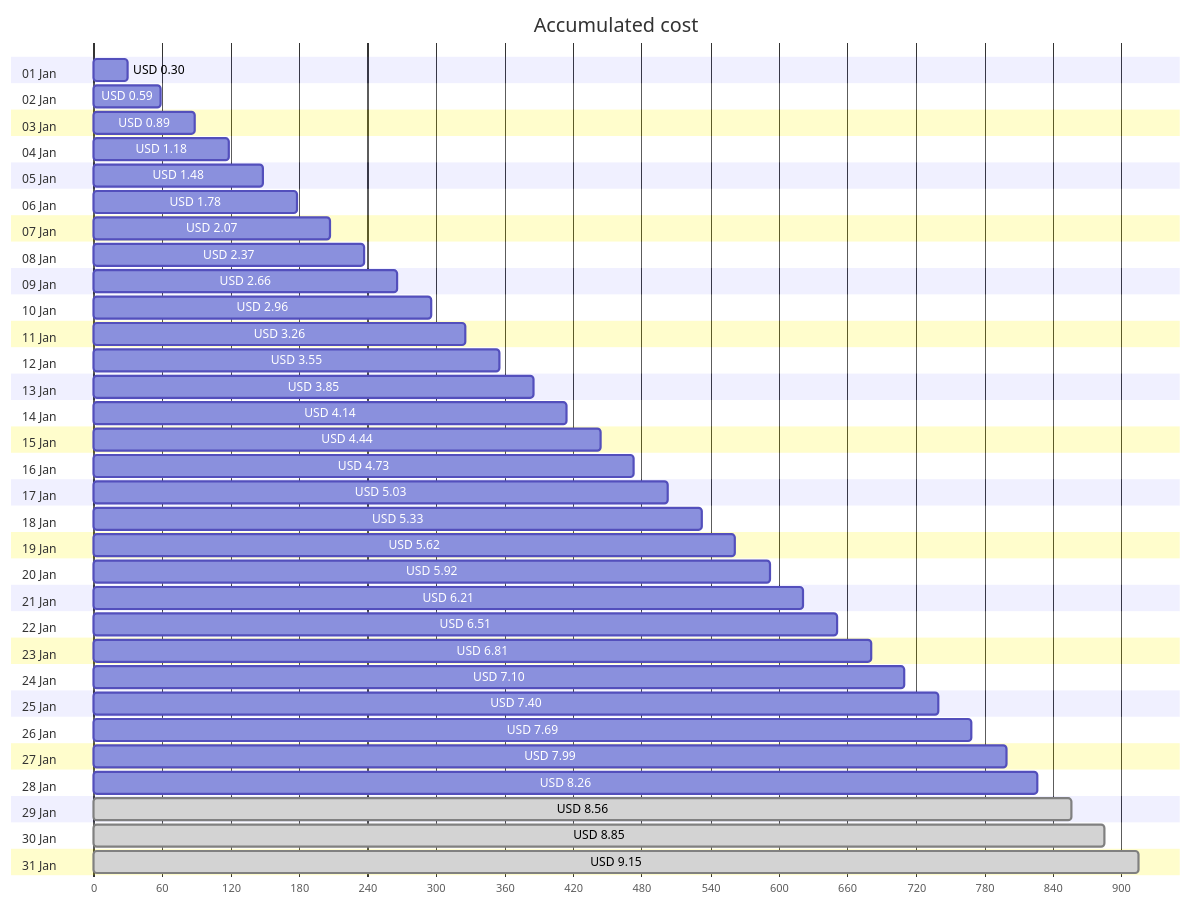
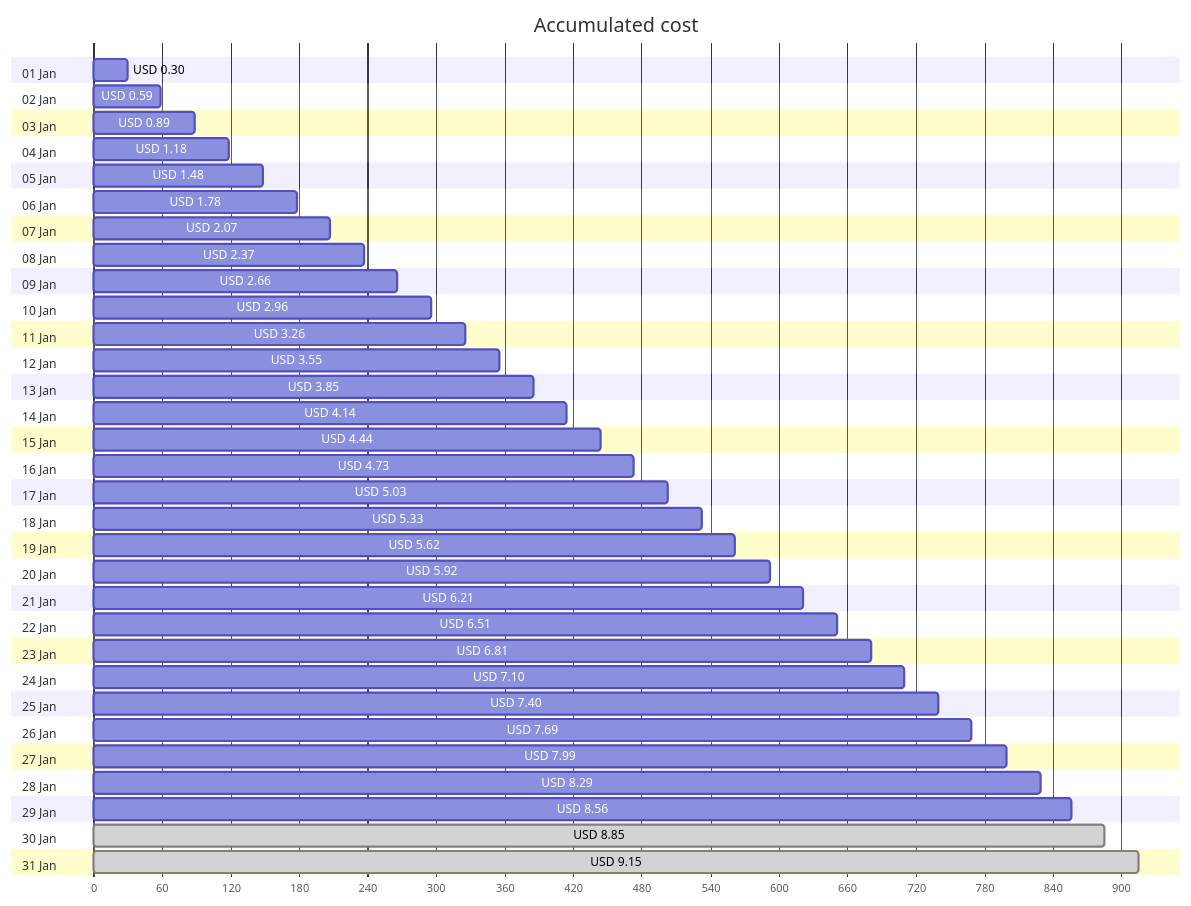
The first of 4 diagrams in cost-reports/personal-site/personal-site-preview.md (jpfulton/azure-personal-reports), drawn with Mermaid before and after one commit. The commit also changed other lines of this file and 6 other files, not shown here.

````diff
--- a/cost-reports/personal-site/personal-site-preview.md
+++ b/cost-reports/personal-site/personal-site-preview.md
@@ -20,68 +20,68 @@
 ```mermaid
 gantt
    title Accumulated cost
    dateFormat  X
    axisFormat %s
    section 01 Jan
    USD 0.30 :0, 30
    section 02 Jan
    USD 0.59 :0, 59
    section 03 Jan
    USD 0.89 :0, 89
    section 04 Jan
    USD 1.18 :0, 118
    section 05 Jan
    USD 1.48 :0, 148
    section 06 Jan
    USD 1.78 :0, 178
    section 07 Jan
    USD 2.07 :0, 207
    section 08 Jan
    USD 2.37 :0, 237
    section 09 Jan
    USD 2.66 :0, 266
    section 10 Jan
    USD 2.96 :0, 296
    section 11 Jan
    USD 3.26 :0, 326
    section 12 Jan
    USD 3.55 :0, 355
    section 13 Jan
    USD 3.85 :0, 385
    section 14 Jan
    USD 4.14 :0, 414
    section 15 Jan
    USD 4.44 :0, 444
    section 16 Jan
    USD 4.73 :0, 473
    section 17 Jan
    USD 5.03 :0, 503
    section 18 Jan
    USD 5.33 :0, 533
    section 19 Jan
    USD 5.62 :0, 562
    section 20 Jan
    USD 5.92 :0, 592
    section 21 Jan
    USD 6.21 :0, 621
    section 22 Jan
    USD 6.51 :0, 651
    section 23 Jan
    USD 6.81 :0, 681
    section 24 Jan
    USD 7.10 :0, 710
    section 25 Jan
    USD 7.40 :0, 740
    section 26 Jan
    USD 7.69 :0, 769
    section 27 Jan
    USD 7.99 :0, 799
    section 28 Jan
-   USD 8.26 :0, 826
+   USD 8.29 :0, 829
    section 29 Jan
-   USD 8.56 : done, 0, 856
+   USD 8.56 :0, 856
    section 30 Jan
    USD 8.85 : done, 0, 885
    section 31 Jan
    USD 9.15 : done, 0, 915
 ```
````
